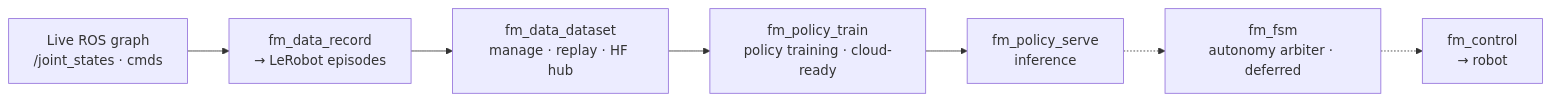
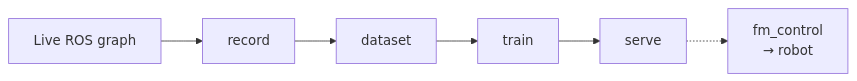
The fourth of 4 diagrams in docs/ARCHITECTURE.md (first-motive/fm-ros2), drawn with Mermaid before and after one commit. The commit also changed other lines of this file and 3 other files, not shown here.

````diff
--- a/docs/ARCHITECTURE.md
+++ b/docs/ARCHITECTURE.md
@@ -229,9 +216,8 @@
 ```mermaid
 flowchart LR
-    livegraph[Live ROS graph<br/>/joint_states · cmds] --> record[fm_data_record<br/>→ LeRobot episodes]
-    record --> dataset[fm_data_dataset<br/>manage · replay · HF hub]
-    dataset --> train[fm_policy_train<br/>policy training · cloud-ready]
-    train --> serve[fm_policy_serve<br/>inference]
-    serve -.-> arbiter[fm_fsm<br/>autonomy arbiter · deferred]
-    arbiter -.-> control[fm_control<br/>→ robot]
+    livegraph[Live ROS graph] --> record[record]
+    record --> dataset[dataset]
+    dataset --> train[train]
+    train --> serve[serve]
+    serve -.-> control[fm_control<br/>→ robot]
 ```
````
